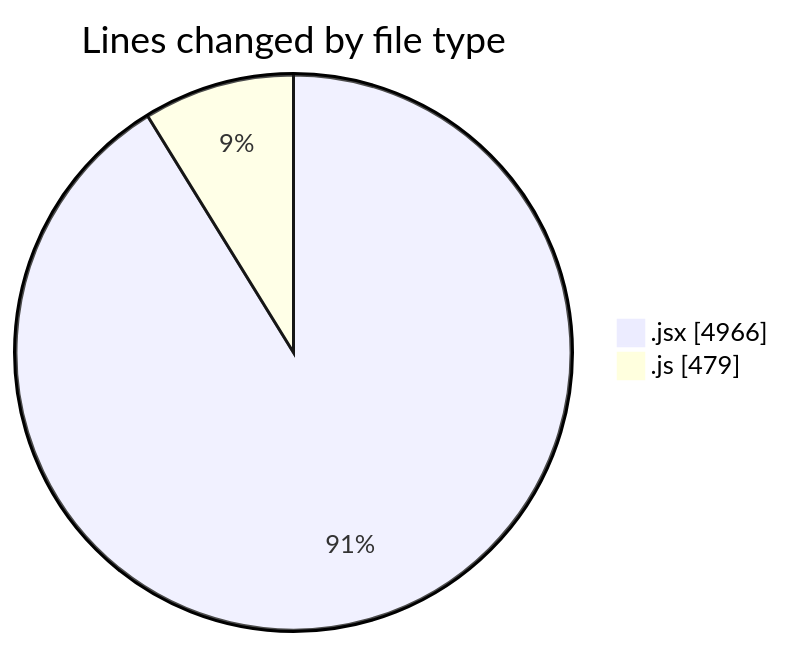
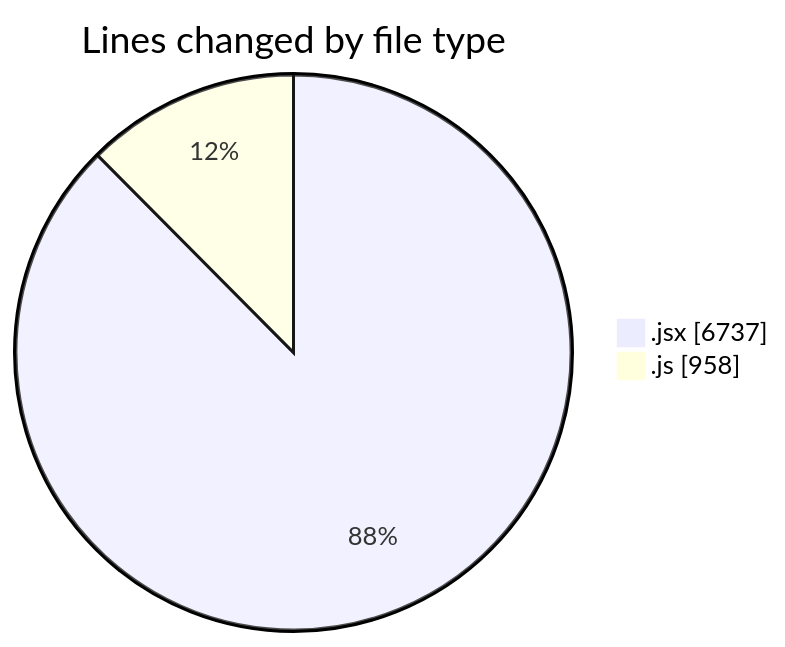
The first of 2 diagrams in 2026-01-20/nxtqube_webapp/README.md (nxtqubesakshisongat/code-tracking), drawn with Mermaid before and after one commit. The commit also changed other lines of this file and 1 other file, not shown here.

````diff
--- a/2026-01-20/nxtqube_webapp/README.md
+++ b/2026-01-20/nxtqube_webapp/README.md
@@ -24,6 +24,6 @@
 ```mermaid
 pie showData
 title Lines changed by file type
-".jsx" : 4966
-".js" : 479
+".jsx" : 6737
+".js" : 958
 ```
````
